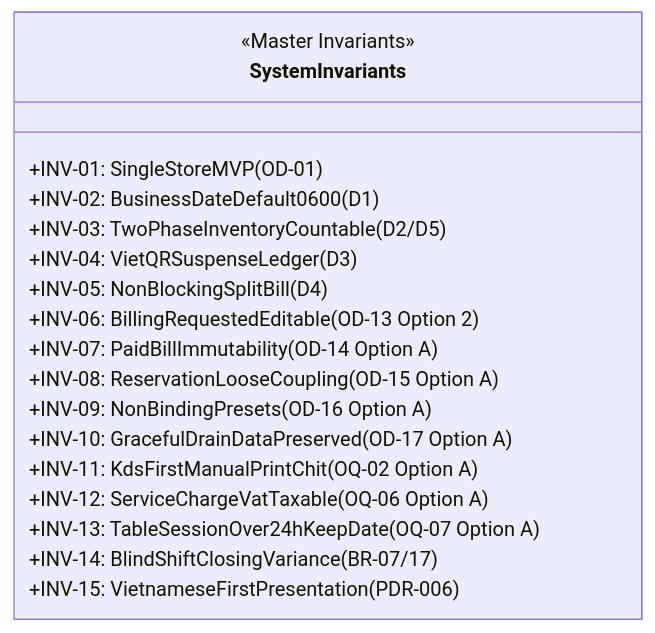
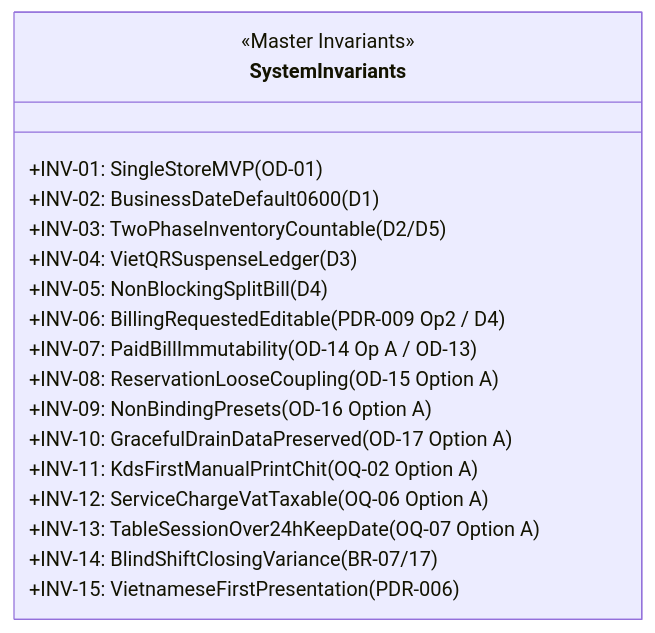
The fifth of 9 diagrams in docs/product/TASK-02.9-PRODUCT-SPECIFICATION-BASELINE-CONSOLIDATION.md (dieudoanhut2002/SmartRestaurant), drawn with Mermaid before and after one commit. The commit also changed other lines of this file and 24 other files, not shown here.

````diff
--- a/docs/product/TASK-02.9-PRODUCT-SPECIFICATION-BASELINE-CONSOLIDATION.md
+++ b/docs/product/TASK-02.9-PRODUCT-SPECIFICATION-BASELINE-CONSOLIDATION.md
@@ -288,21 +288,21 @@
 ```mermaid
 classDiagram
     class SystemInvariants {
         <<Master Invariants>>
         +INV-01: SingleStoreMVP (OD-01)
         +INV-02: BusinessDateDefault0600 (D1)
         +INV-03: TwoPhaseInventoryCountable (D2/D5)
         +INV-04: VietQRSuspenseLedger (D3)
         +INV-05: NonBlockingSplitBill (D4)
-        +INV-06: BillingRequestedEditable (OD-13 Option 2)
-        +INV-07: PaidBillImmutability (OD-14 Option A)
+        +INV-06: BillingRequestedEditable (PDR-009 Op2 / D4)
+        +INV-07: PaidBillImmutability (OD-14 Op A / OD-13)
         +INV-08: ReservationLooseCoupling (OD-15 Option A)
         +INV-09: NonBindingPresets (OD-16 Option A)
         +INV-10: GracefulDrainDataPreserved (OD-17 Option A)
         +INV-11: KdsFirstManualPrintChit (OQ-02 Option A)
         +INV-12: ServiceChargeVatTaxable (OQ-06 Option A)
         +INV-13: TableSessionOver24hKeepDate (OQ-07 Option A)
         +INV-14: BlindShiftClosingVariance (BR-07/17)
         +INV-15: VietnameseFirstPresentation (PDR-006)
     }
 ```
````
